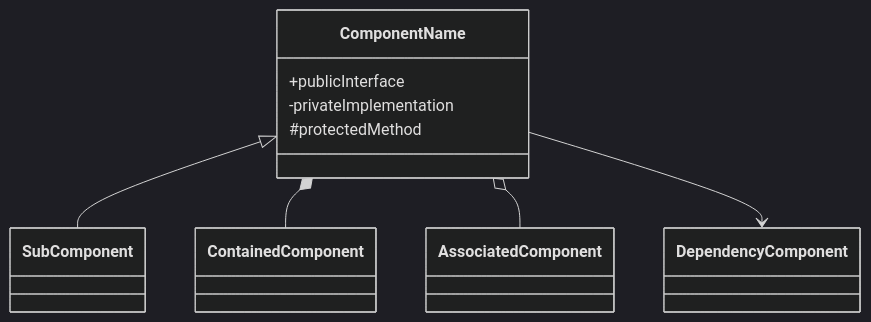
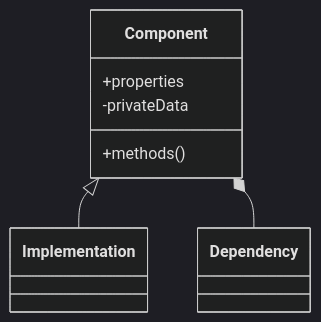
Before and after one commit to xincheng213618/OpenDeepWiki: the second of 8 diagrams in src/KoalaWiki/Prompts/Warehouse/GenerateDocsDevelopmentTools.md, drawn with Mermaid (dark theme). The commit also changed other lines of this file and 14 other files, not shown here.

````diff
--- a/src/KoalaWiki/Prompts/Warehouse/GenerateDocsDevelopmentTools.md
+++ b/src/KoalaWiki/Prompts/Warehouse/GenerateDocsDevelopmentTools.md
@@ -101,12 +88,10 @@
 ```mermaid
 classDiagram
-    class ComponentName {
-        +publicInterface
-        -privateImplementation
-        #protectedMethod
+    class Component {
+        +properties
+        +methods()
+        -privateData
     }
-    ComponentName <|-- SubComponent
-    ComponentName *-- ContainedComponent
-    ComponentName o-- AssociatedComponent
-    ComponentName --> DependencyComponent
+    Component <|-- Implementation
+    Component *-- Dependency
 ```
````
